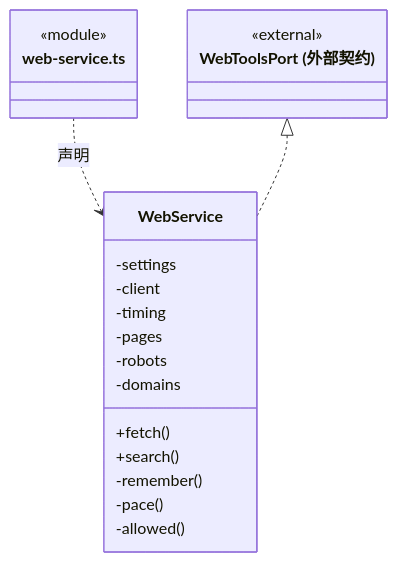
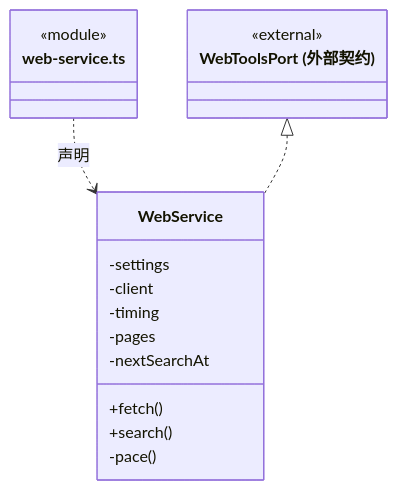
The diagram in src/backend/main/web/ARCHITECTURE.md (nan023062/cbim), drawn with Mermaid before and after one commit. The commit also changed other lines of this file and 38 other files, not shown here.

````diff
--- a/src/backend/main/web/ARCHITECTURE.md
+++ b/src/backend/main/web/ARCHITECTURE.md
@@ -58,24 +19,21 @@
 ```mermaid
 classDiagram
 class N_src_backend_main_web_web_service_ts["web-service.ts"] {
   <<module>>
 }
 class N_src_backend_main_web_web_service_ts_WebService["WebService"] {
   +fetch()
   +search()
   -settings
   -client
   -timing
   -pages
-  -robots
-  -domains
-  -remember()
+  -nextSearchAt
   -pace()
-  -allowed()
 }
 N_src_backend_main_web_web_service_ts ..> N_src_backend_main_web_web_service_ts_WebService : 声明
 class N_src_backend_main_web_web_service_ts_external_WebToolsPort["WebToolsPort (外部契约)"] {
   <<external>>
 }
 N_src_backend_main_web_web_service_ts_external_WebToolsPort <|.. N_src_backend_main_web_web_service_ts_WebService
 ```
````
